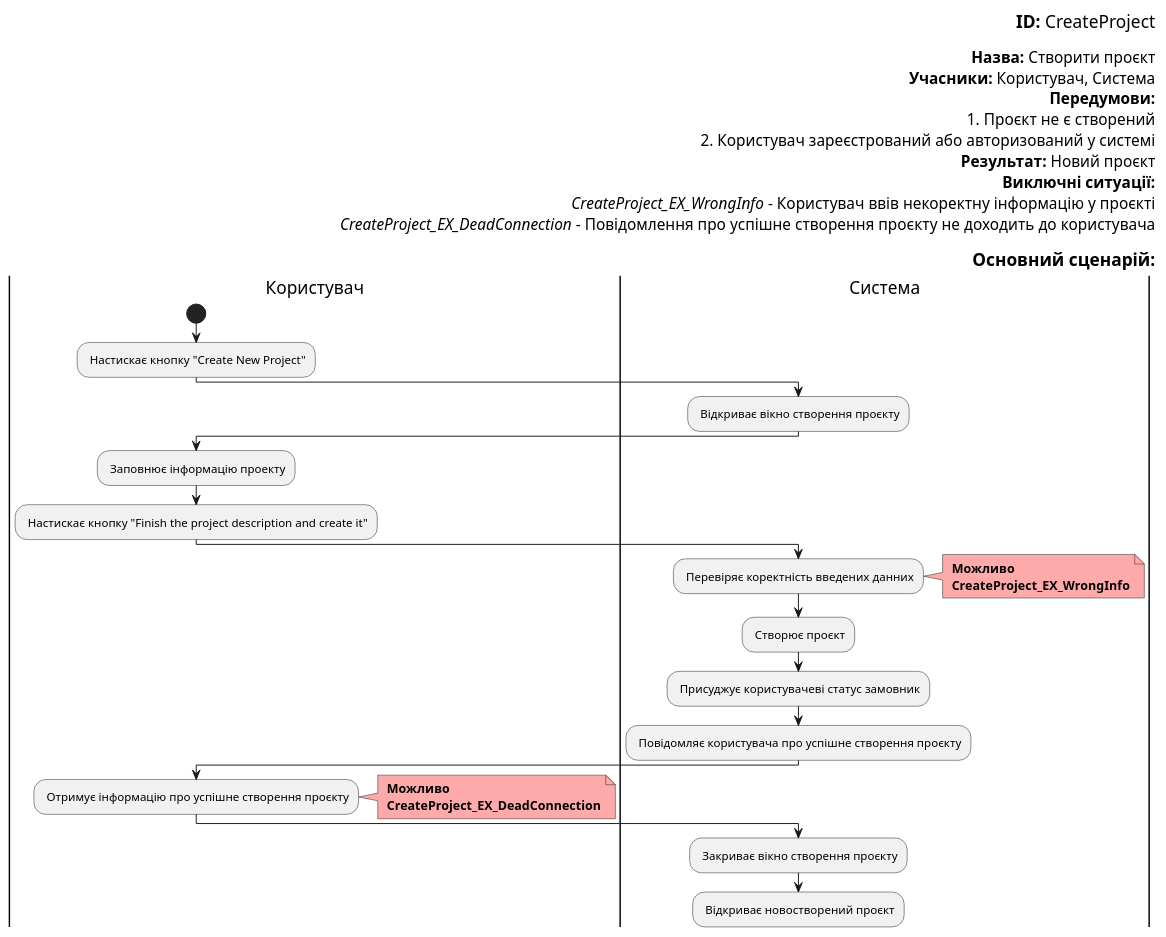
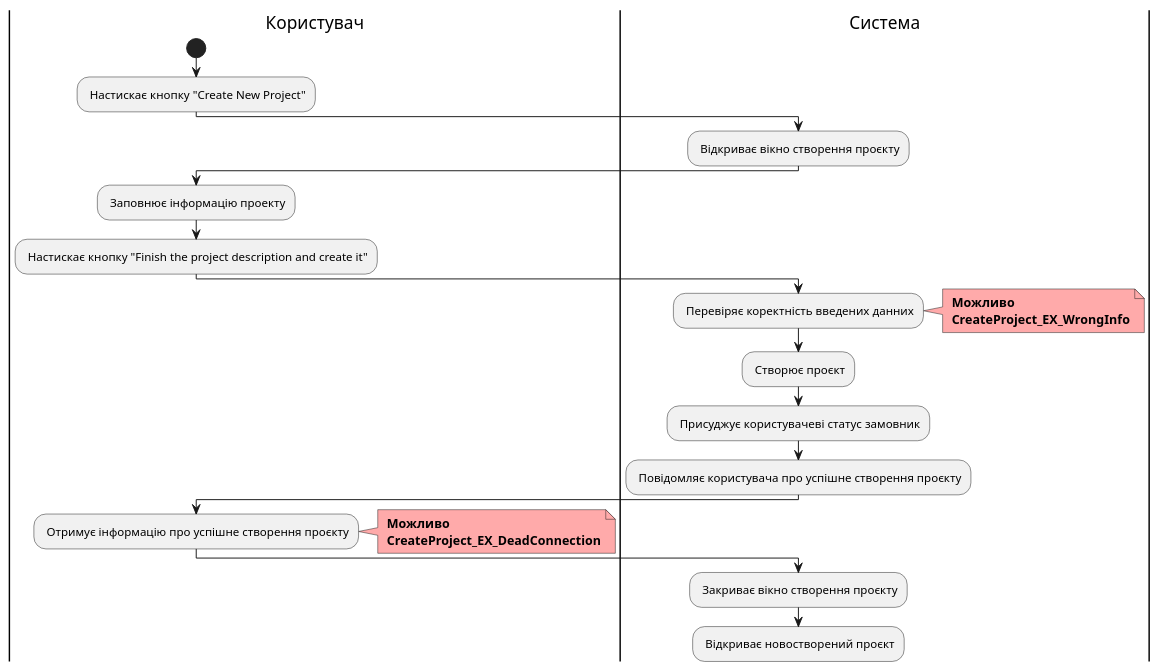
Before and after one commit to boldak/edu-db-cw: the eighth of 19 diagrams in docs/use cases/README.md, drawn with PlantUML. The commit also changed other lines of this file, not shown here.

```diff
--- a/docs/use cases/README.md
+++ b/docs/use cases/README.md
@@ -414,61 +442,45 @@
 @startuml
-
-    right header        
-        <font color=000 size=18><b>ID:</b> CreateProject
-
-        <font color=000 size=16><b>Назва:</b> Створити проєкт
-        <font color=000 size=16><b>Учасники:</b> Користувач, Система
-        <font color=000 size=16><b>Передумови:</b> 
-        <font color=000 size=16>1. Проєкт не є створений 
-        <font color=000 size=16>2. Користувач зареєстрований або авторизований у системі
-        <font color=000 size=16><b>Результат:</b> Новий проєкт
-        <font color=000 size=16><b>Виключні ситуації:</b>
-        <font color=000 size=16> <i>CreateProject_EX_WrongInfo</i> - Користувач ввів некоректну інформацію у проєкті
-        <font color=000 size=16> <i>CreateProject_EX_DeadConnection</i> - Повідомлення про успішне створення проєкту не доходить до користувача
-        
-        <font color=000 size=18><b>Основний сценарій:</b>
-    end header
 
     |Користувач|
         start
         : Настискає кнопку "Create New Project";
         
     |Система|
         : Відкриває вікно створення проєкту;
         
     |Користувач|
         : Заповнює інформацію проекту;
 
     |Користувач|
         : Настискає кнопку "Finish the project description and create it";
         
     |Система|
         : Перевіряє коректність введених данних;
         note right #ffaaaa
         <b> Можливо
         <b> CreateProject_EX_WrongInfo
         end note
 
     |Система|
         : Створює проєкт;
         
     |Система|
         : Присуджує користувачеві статус замовник;
 
     |Система|
         : Повідомляє користувача про успішне створення проєкту;
 
     |Користувач|
         : Отримує інформацію про успішне створення проєкту;
         note right #ffaaaa
         <b> Можливо
         <b> CreateProject_EX_DeadConnection
         end note
 
     |Система|
         : Закриває вікно створення проєкту;
 
     |Система|
         : Відкриває новостворений проєкт;
 
 @enduml
```
